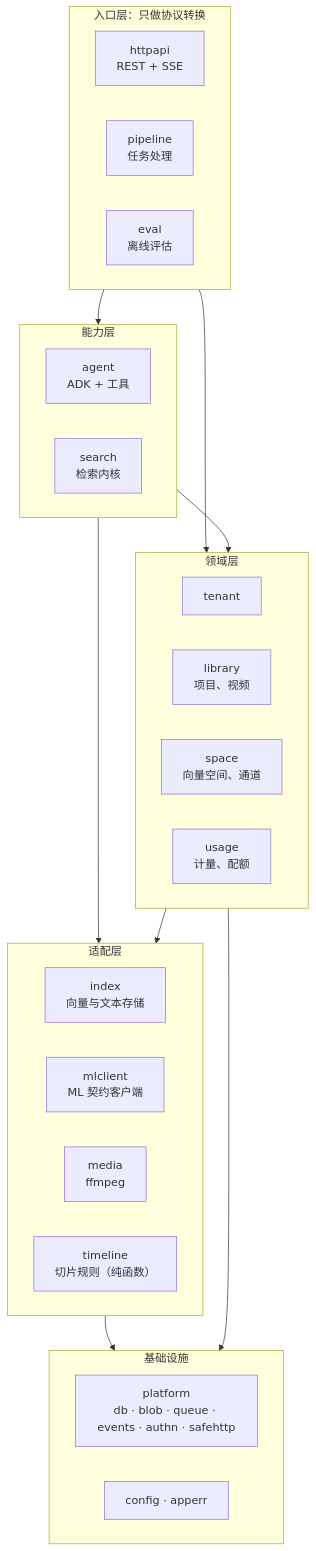
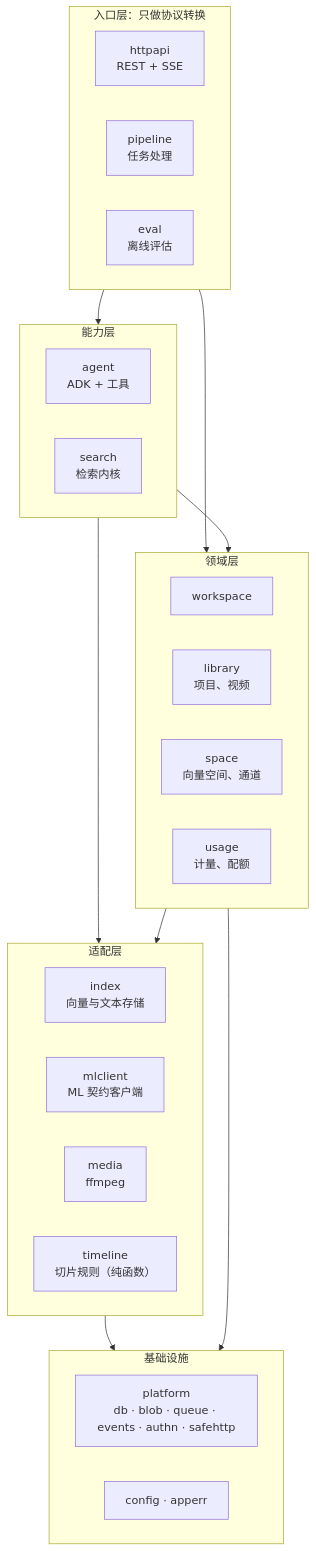
Before and after one commit to realOzine/videohelper: the fourth of 17 diagrams in docs/design.md, drawn with Mermaid. The commit also changed other lines of this file and 5 other files, not shown here.

````diff
--- a/docs/design.md
+++ b/docs/design.md
@@ -231,35 +232,35 @@
 ```mermaid
 flowchart TB
   subgraph E["入口层：只做协议转换"]
     httpapi["httpapi<br/>REST + SSE"]
     pipeline["pipeline<br/>任务处理"]
     eval["eval<br/>离线评估"]
   end
   subgraph C["能力层"]
     agent["agent<br/>ADK + 工具"]
     search["search<br/>检索内核"]
   end
   subgraph D["领域层"]
-    tenant["tenant"]
+    workspace["workspace"]
     library["library<br/>项目、视频"]
     space["space<br/>向量空间、通道"]
     usage["usage<br/>计量、配额"]
   end
   subgraph A["适配层"]
     index["index<br/>向量与文本存储"]
     mlclient["mlclient<br/>ML 契约客户端"]
     media["media<br/>ffmpeg"]
     timeline["timeline<br/>切片规则（纯函数）"]
   end
   subgraph P["基础设施"]
     platform["platform<br/>db · blob · queue · events · authn · safehttp"]
     config["config · apperr"]
   end
   E --> C
   E --> D
   C --> D
   C --> A
   D --> A
   A --> P
   D --> P
 ```
````
